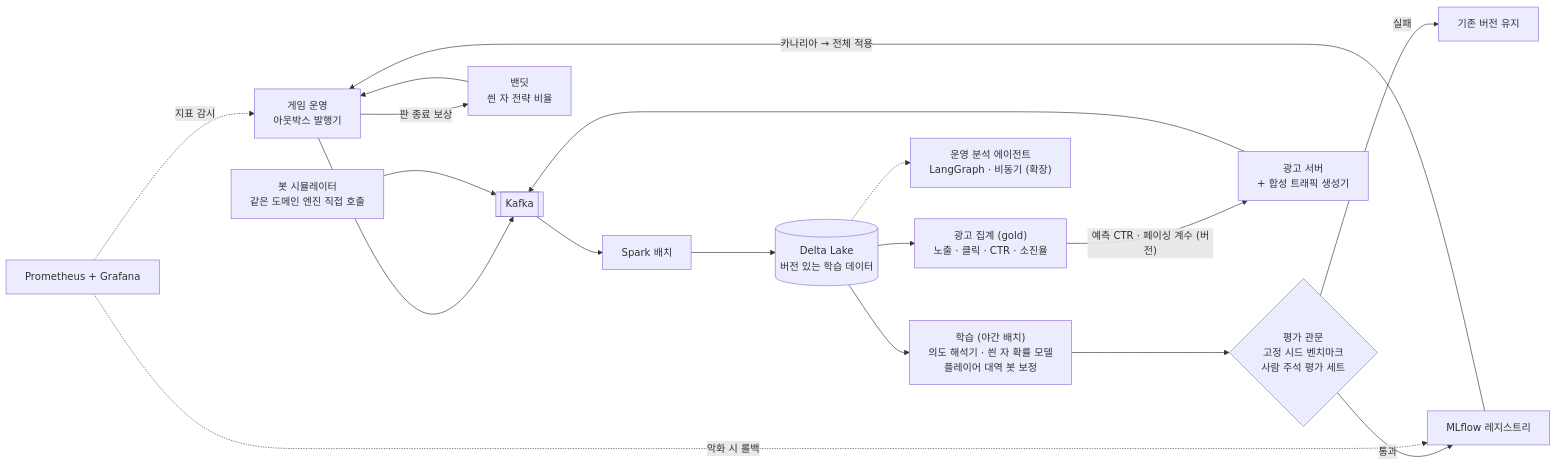
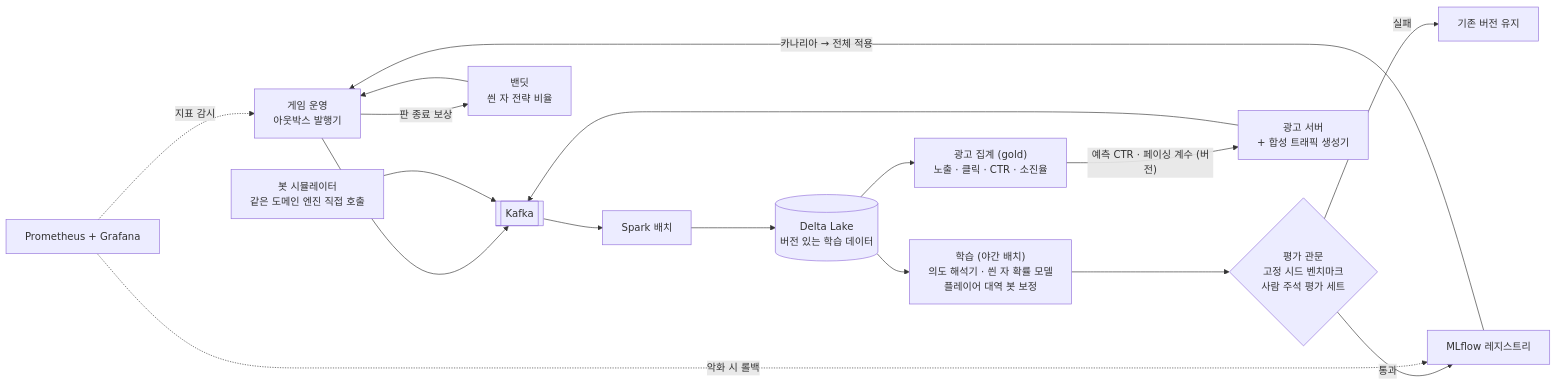
The second of 3 diagrams in docs/paldo_design_v1.md (encore-ai-campus/mlo-01-p4-team3), drawn with Mermaid before and after one commit. The commit also changed other lines of this file and 13 other files, not shown here.

````diff
--- a/docs/paldo_design_v1.md
+++ b/docs/paldo_design_v1.md
@@ -364,23 +364,22 @@
 ```mermaid
 flowchart LR
   GAME["게임 운영<br/>아웃박스 발행기"] --> K[["Kafka"]]
   SIM["봇 시뮬레이터<br/>같은 도메인 엔진 직접 호출"] --> K
   K --> SP["Spark 배치"] --> DL[("Delta Lake<br/>버전 있는 학습 데이터")]
 
   DL --> TR["학습 (야간 배치)<br/>의도 해석기 · 씐 자 확률 모델<br/>플레이어 대역 봇 보정"]
   TR --> GATE{"평가 관문<br/>고정 시드 벤치마크<br/>사람 주석 평가 세트"}
   GATE -->|"통과"| REG["MLflow 레지스트리"]
   GATE -->|"실패"| KEEP["기존 버전 유지"]
   REG -->|"카나리아 → 전체 적용"| GAME
 
   GAME -->|"판 종료 보상"| BAN["밴딧<br/>씐 자 전략 비율"]
   BAN --> GAME
 
   ADSV["광고 서버<br/>+ 합성 트래픽 생성기"] --> K
   DL --> ADAGG["광고 집계 (gold)<br/>노출 · 클릭 · CTR · 소진율"]
   ADAGG -->|"예측 CTR · 페이싱 계수 (버전)"| ADSV
 
-  DL -.-> AG["운영 분석 에이전트<br/>LangGraph · 비동기 (확장)"]
   MON["Prometheus + Grafana"] -.->|"지표 감시"| GAME
   MON -.->|"악화 시 롤백"| REG
 ```
````
